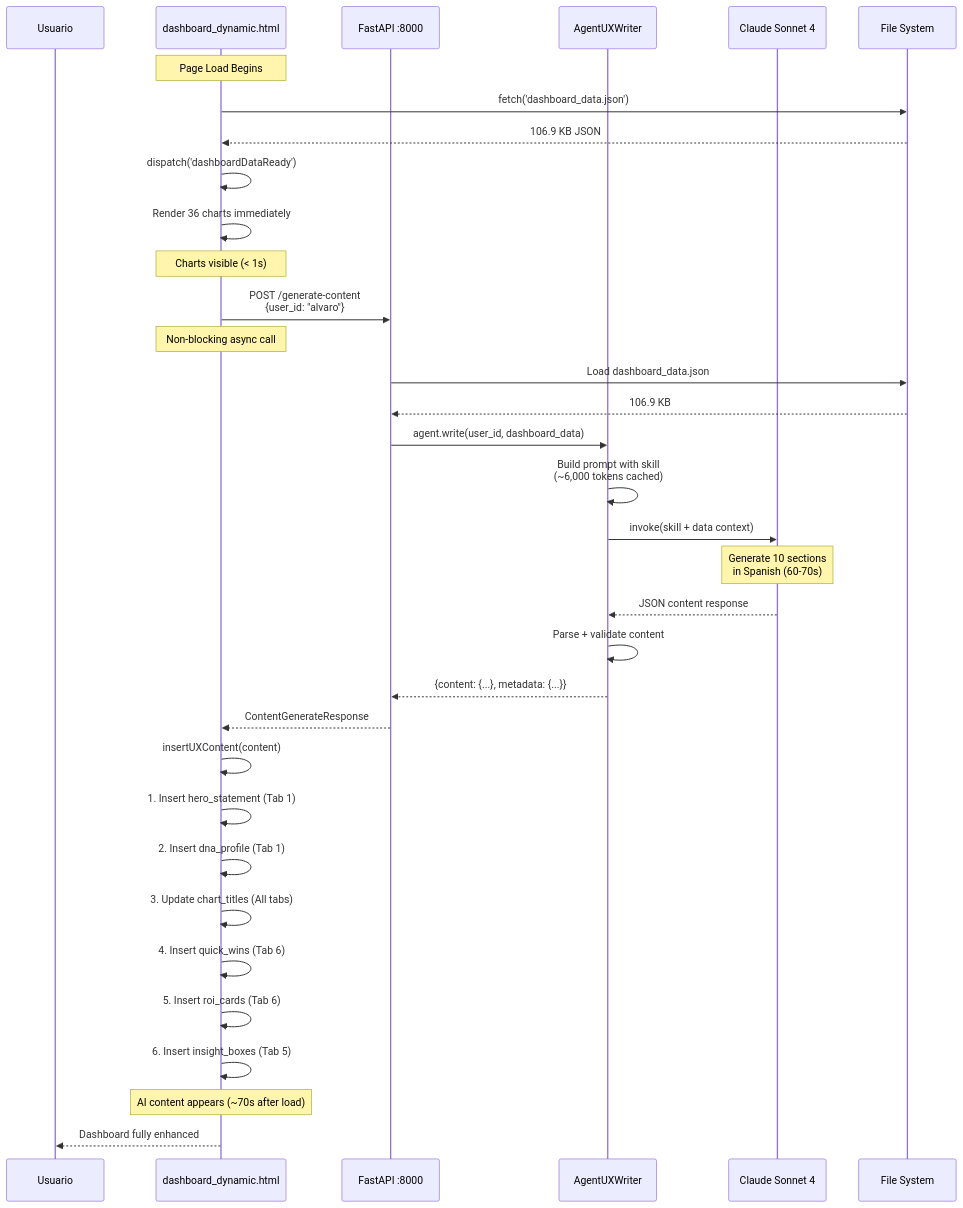
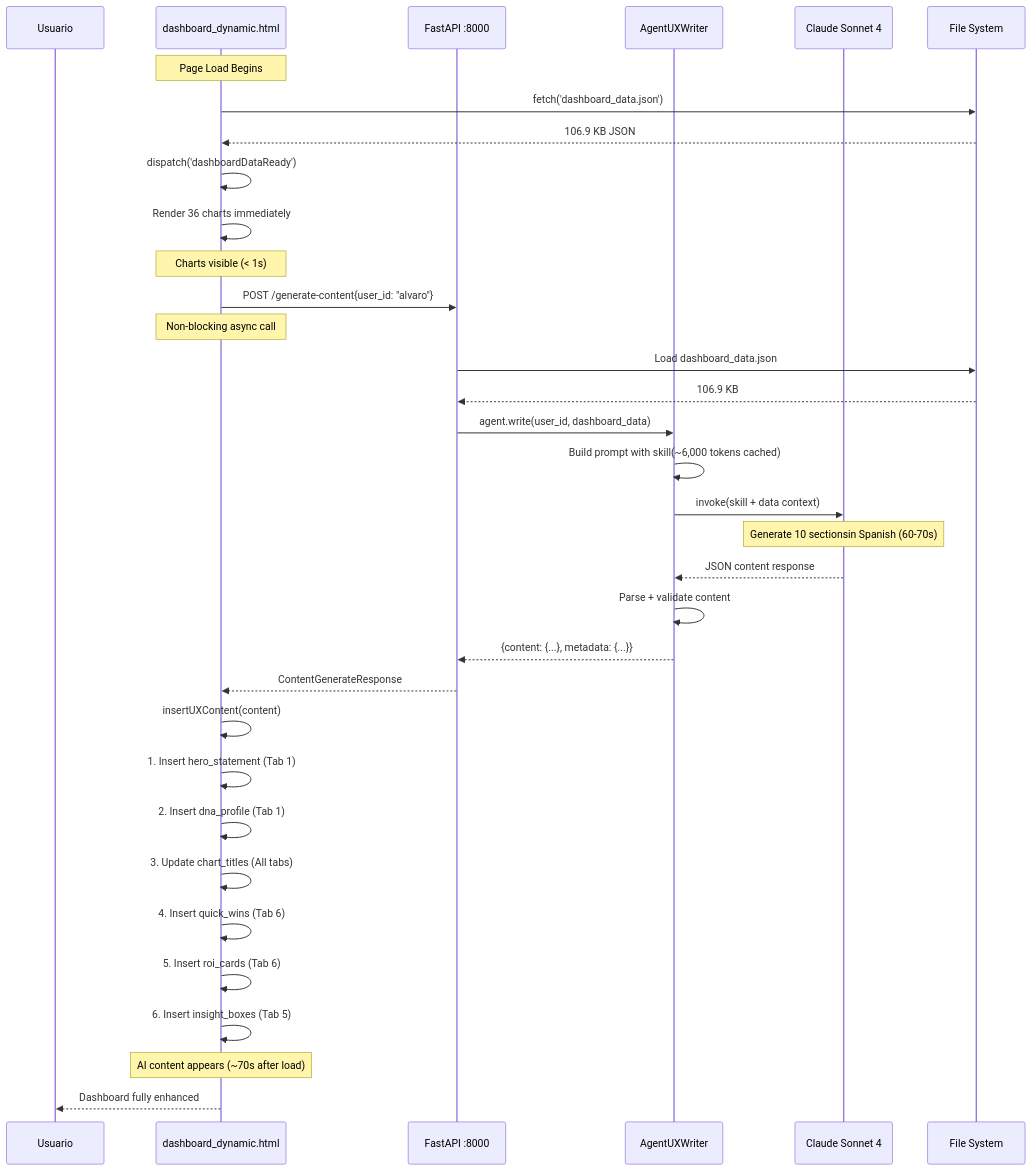
Before and after one commit to AlvGolf/AlvGolf-Identity-EngineV3: the second of 8 diagrams in ARCHITECTURE.md, drawn with Mermaid. The commit also changed other lines of this file, not shown here.

Commit message:
Fix Mermaid diagram formatting: Remove HTML line breaks from first diagram

````diff
--- a/ARCHITECTURE.md
+++ b/ARCHITECTURE.md
@@ -93,48 +93,48 @@
 ```mermaid
 sequenceDiagram
     participant U as Usuario
     participant FE as dashboard_dynamic.html
     participant API as FastAPI :8000
     participant UXW as AgentUXWriter
     participant CL as Claude Sonnet 4
     participant FS as File System
 
     Note over FE: Page Load Begins
 
     FE->>FS: fetch('dashboard_data.json')
     FS-->>FE: 106.9 KB JSON
     FE->>FE: dispatch('dashboardDataReady')
     FE->>FE: Render 36 charts immediately
 
     Note over FE: Charts visible (< 1s)
 
-    FE->>API: POST /generate-content<br/>{user_id: "alvaro"}
+    FE->>API: POST /generate-content{user_id: "alvaro"}
     Note over FE: Non-blocking async call
 
     API->>FS: Load dashboard_data.json
     FS-->>API: 106.9 KB
 
     API->>UXW: agent.write(user_id, dashboard_data)
-    UXW->>UXW: Build prompt with skill<br/>(~6,000 tokens cached)
+    UXW->>UXW: Build prompt with skill(~6,000 tokens cached)
     UXW->>CL: invoke(skill + data context)
 
-    Note over CL: Generate 10 sections<br/>in Spanish (60-70s)
+    Note over CL: Generate 10 sectionsin Spanish (60-70s)
 
     CL-->>UXW: JSON content response
     UXW->>UXW: Parse + validate content
     UXW-->>API: {content: {...}, metadata: {...}}
 
     API-->>FE: ContentGenerateResponse
 
     FE->>FE: insertUXContent(content)
     FE->>FE: 1. Insert hero_statement (Tab 1)
     FE->>FE: 2. Insert dna_profile (Tab 1)
     FE->>FE: 3. Update chart_titles (All tabs)
     FE->>FE: 4. Insert quick_wins (Tab 6)
     FE->>FE: 5. Insert roi_cards (Tab 6)
     FE->>FE: 6. Insert insight_boxes (Tab 5)
 
     Note over FE: AI content appears (~70s after load)
 
     FE-->>U: Dashboard fully enhanced
 ```
````
